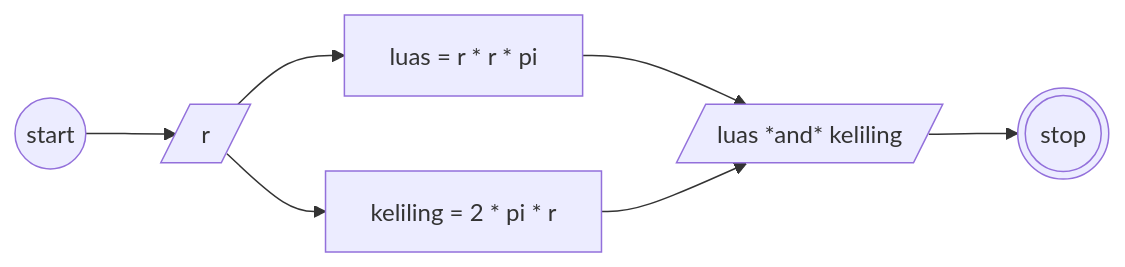
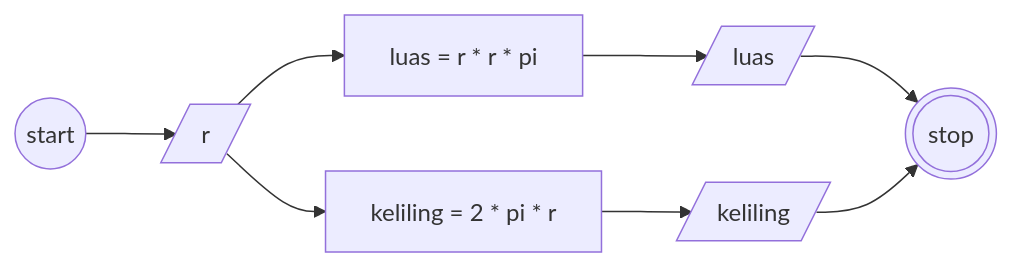
Before and after one commit to ecenn/koda-b10-algoritma: the second of 2 diagrams in README.md, drawn with Mermaid.

````diff
--- a/README.md
+++ b/README.md
@@ -62,19 +62,21 @@
 ```mermaid
 
 flowchart LR
 
 a((start))
 b[/r/]
 c[luas = r * r * pi]
 d[keliling = 2 * pi * r]
-e[/luas *and* keliling/]
+e[/luas/]
+f[/keliling/]
 z(((stop)))
 
 a --> b
 b --> c
 b --> d
 c --> e
-d --> e
+d --> f
 e --> z
+f --> z
 
 ```
````
